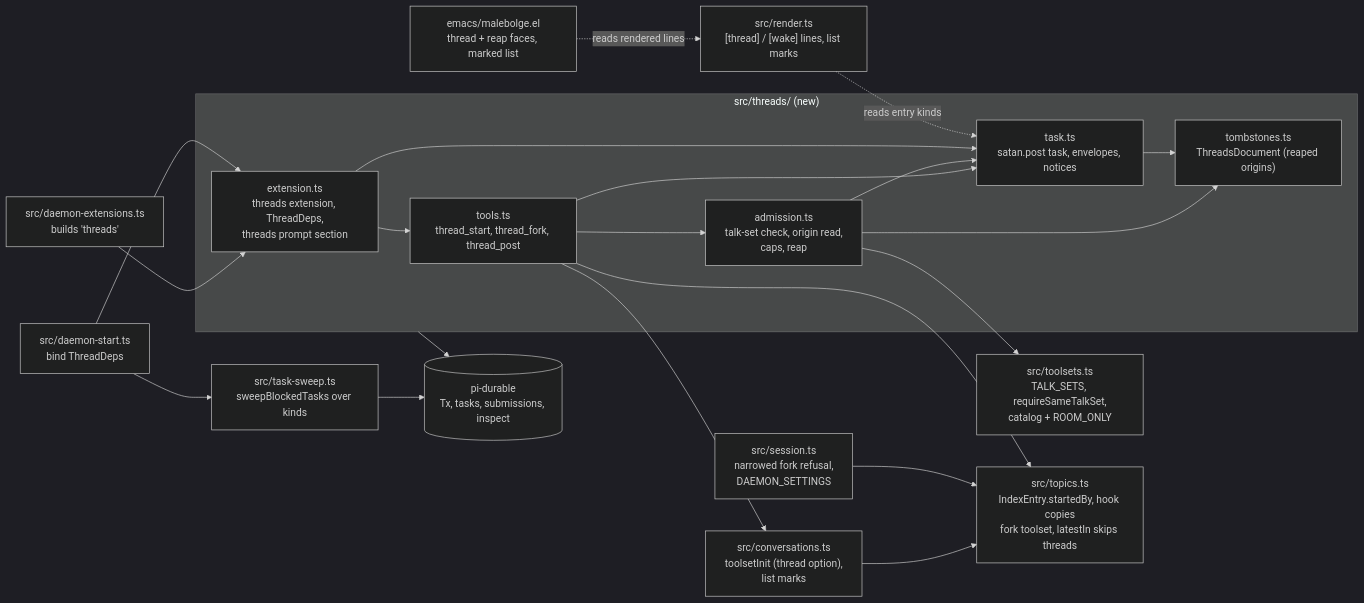
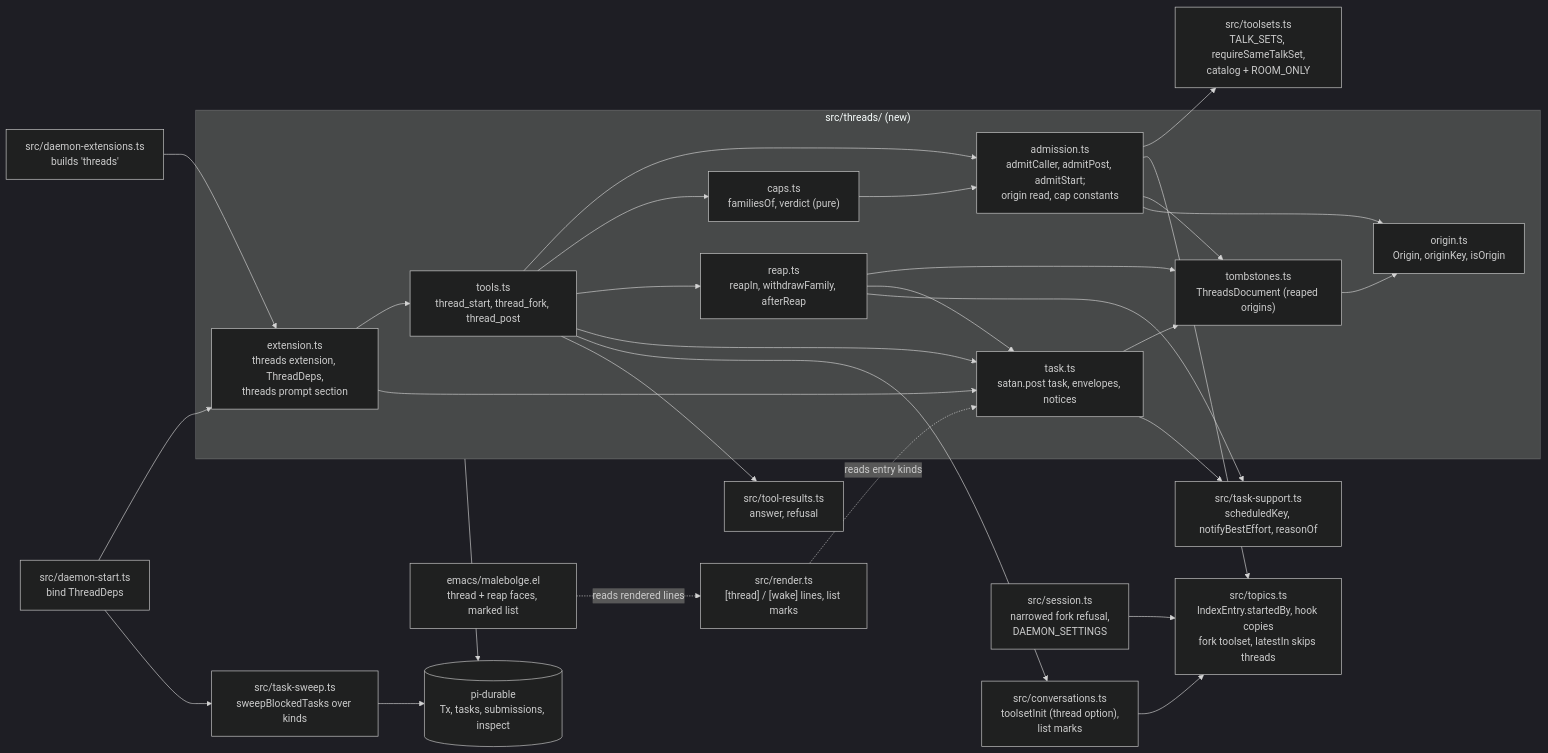
Before and after one commit to davidlee/Malebolge: the first of 4 diagrams in .doctrine/slice/006/design.md, drawn with Mermaid (dark theme). The commit also changed other lines of this file and 6 other files, not shown here.

````diff
--- a/.doctrine/slice/006/design.md
+++ b/.doctrine/slice/006/design.md
@@ -68,40 +68,54 @@
 ```mermaid
 flowchart LR
   subgraph threads["src/threads/ (new)"]
     ext["extension.ts<br/>threads extension, ThreadDeps,<br/>threads prompt section"]
     tools["tools.ts<br/>thread_start, thread_fork, thread_post"]
-    admit["admission.ts<br/>talk-set check, origin read,<br/>caps, reap"]
+    admit["admission.ts<br/>admitCaller, admitPost, admitStart;<br/>origin read, cap constants"]
+    caps["caps.ts<br/>familiesOf, verdict (pure)"]
+    reap["reap.ts<br/>reapIn, withdrawFamily, afterReap"]
+    origin["origin.ts<br/>Origin, originKey, isOrigin"]
     post["task.ts<br/>satan.post task, envelopes, notices"]
     tomb["tombstones.ts<br/>ThreadsDocument (reaped origins)"]
   end
+  support["src/task-support.ts<br/>scheduledKey, notifyBestEffort, reasonOf"]
+  results["src/tool-results.ts<br/>answer, refusal"]
   toolsets["src/toolsets.ts<br/>TALK_SETS, requireSameTalkSet,<br/>catalog + ROOM_ONLY"]
   topics["src/topics.ts<br/>IndexEntry.startedBy, hook copies<br/>fork toolset, latestIn skips threads"]
   convs["src/conversations.ts<br/>toolsetInit (thread option),<br/>list marks"]
   session["src/session.ts<br/>narrowed fork refusal,<br/>DAEMON_SETTINGS"]
   start["src/daemon-start.ts<br/>bind ThreadDeps"]
   dext["src/daemon-extensions.ts<br/>builds 'threads'"]
   render["src/render.ts<br/>[thread] / [wake] lines, list marks"]
   emacs["emacs/malebolge.el<br/>thread + reap faces, marked list"]
   sweep["src/task-sweep.ts<br/>sweepBlockedTasks over kinds"]
   pi[("pi-durable<br/>Tx, tasks, submissions, inspect")]
 
   tools --> admit
+  tools --> caps
+  tools --> reap
   tools --> post
   tools --> convs
-  tools --> topics
+  tools --> results
+  caps --> admit
   admit --> toolsets
+  admit --> topics
   admit --> tomb
-  admit --> post
+  admit --> origin
+  reap --> tomb
+  reap --> post
+  reap --> support
   post --> tomb
+  post --> support
+  tomb --> origin
   ext --> tools
   ext --> post
   dext --> ext
   start --> ext
   convs --> topics
   session --> topics
   threads --> pi
   start --> sweep
   sweep --> pi
   render -. "reads entry kinds" .-> post
   emacs -. "reads rendered lines" .-> render
 ```
````
